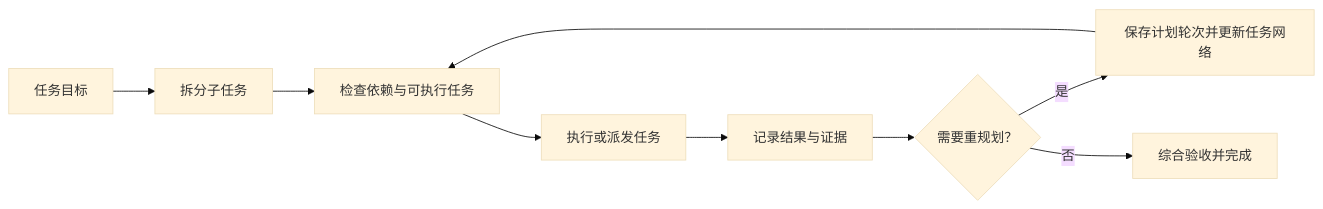
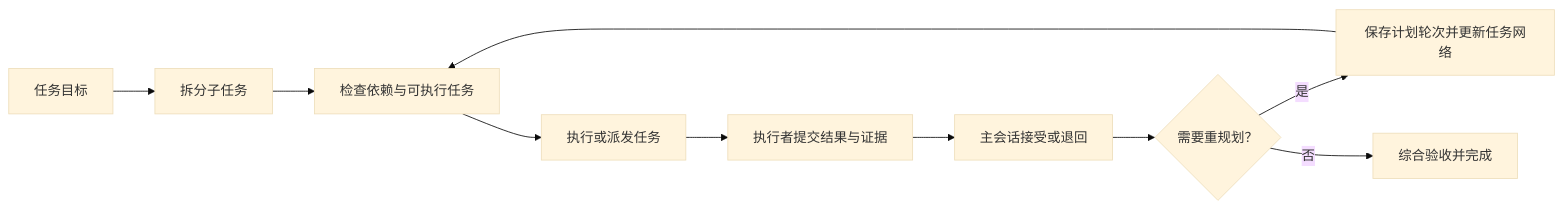
Before and after one commit to carpe-horam/task-progress-codex: the diagram in README.md, drawn with Mermaid (base theme). The commit also changed other lines of this file and 78 other files, not shown here.

````diff
--- a/README.md
+++ b/README.md
@@ -37,11 +38,12 @@
 ```mermaid
 flowchart LR
     A[任务目标] --> B[拆分子任务]
     B --> C[检查依赖与可执行任务]
     C --> D[执行或派发任务]
-    D --> E[记录结果与证据]
-    E --> F{需要重规划？}
+    D --> E[执行者提交结果与证据]
+    E --> R[主会话接受或退回]
+    R --> F{需要重规划？}
     F -- 是 --> G[保存计划轮次并更新任务网络]
     G --> C
     F -- 否 --> H[综合验收并完成]
 ```
````
